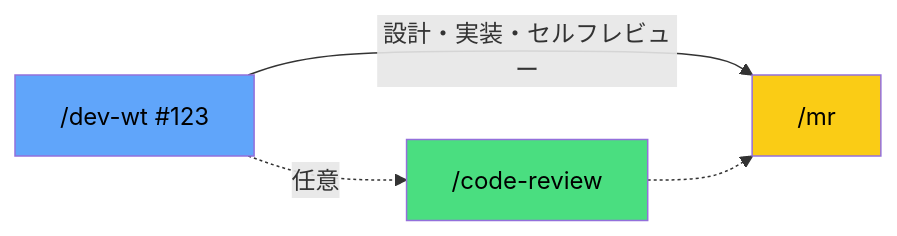
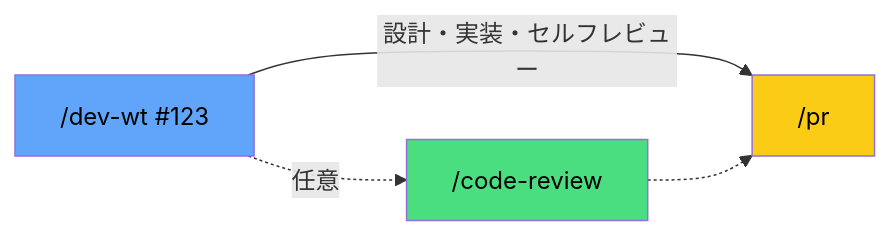
The third of 8 diagrams in slides/slides.md (yuya-take/yuya-claude-code), drawn with Mermaid before and after one commit. The commit also changed other lines of this file and 13 other files, not shown here.

````diff
--- a/slides/slides.md
+++ b/slides/slides.md
@@ -313,8 +313,8 @@
 ```mermaid {scale: 0.75}
 flowchart LR
-    A["/dev-wt #123"] -->|設計・実装・セルフレビュー| B["/mr"]
+    A["/dev-wt #123"] -->|設計・実装・セルフレビュー| B["/pr"]
     A -.->|任意| C["/code-review"] -.-> B
     style A fill:#60a5fa,color:#000
     style B fill:#facc15,color:#000
     style C fill:#4ade80,color:#000
 ```
````
